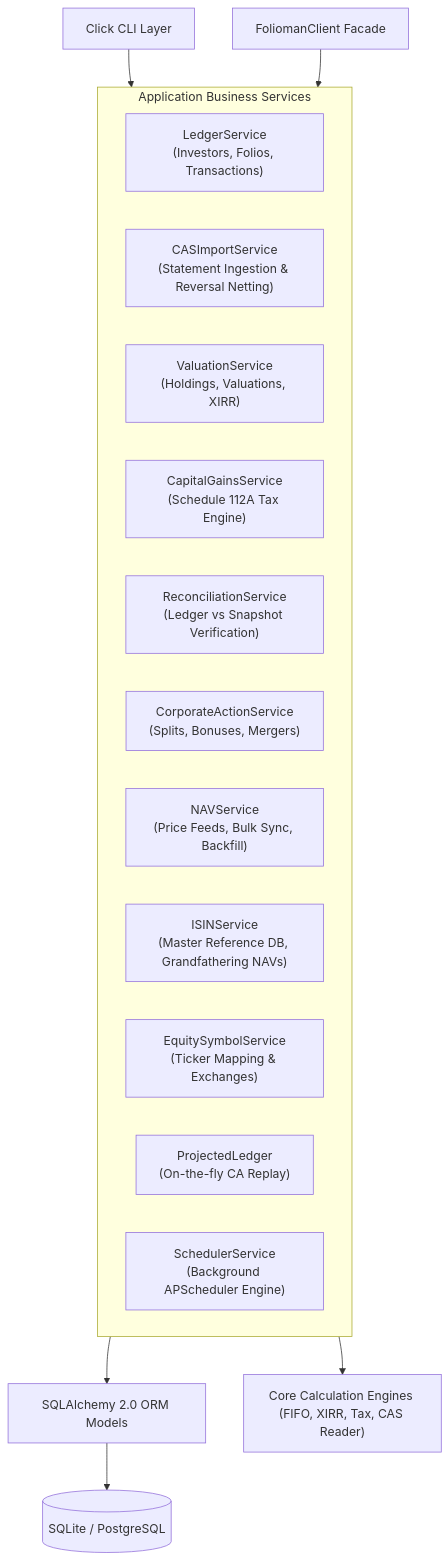
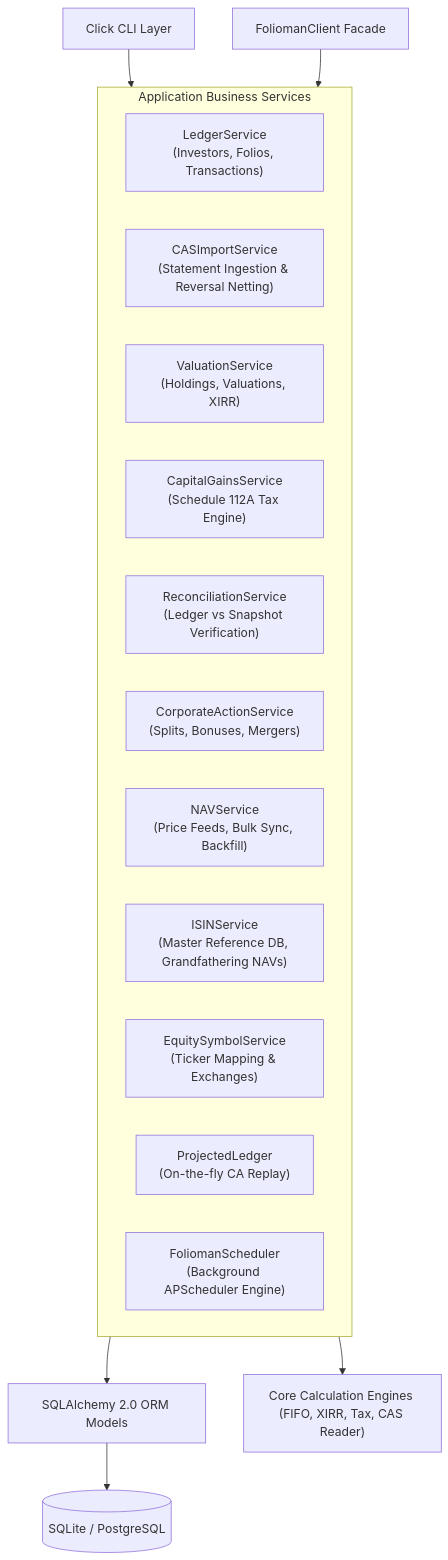
The diagram in docs/modules/services.md (sid-146/folioman-client), drawn with Mermaid before and after one commit. The commit also changed other lines of this file and 33 other files, not shown here.

````diff
--- a/docs/modules/services.md
+++ b/docs/modules/services.md
@@ -11,23 +11,23 @@
 ```mermaid
 flowchart TD
     CLI["Click CLI Layer"] --> Services
     Client["FoliomanClient Facade"] --> Services
 
     subgraph Services ["Application Business Services"]
         LedgerService["LedgerService\n(Investors, Folios, Transactions)"]
         ImportService["CASImportService\n(Statement Ingestion & Reversal Netting)"]
         ValuationService["ValuationService\n(Holdings, Valuations, XIRR)"]
         CapGainsService["CapitalGainsService\n(Schedule 112A Tax Engine)"]
         ReconcileService["ReconciliationService\n(Ledger vs Snapshot Verification)"]
         CorpActionService["CorporateActionService\n(Splits, Bonuses, Mergers)"]
         NAVService["NAVService\n(Price Feeds, Bulk Sync, Backfill)"]
         ISINService["ISINService\n(Master Reference DB, Grandfathering NAVs)"]
         EquitySymbolService["EquitySymbolService\n(Ticker Mapping & Exchanges)"]
         ProjectedLedger["ProjectedLedger\n(On-the-fly CA Replay)"]
-        SchedulerService["SchedulerService\n(Background APScheduler Engine)"]
+        SchedulerService["FoliomanScheduler\n(Background APScheduler Engine)"]
     end
 
     Services --> ORM["SQLAlchemy 2.0 ORM Models"]
     Services --> CoreMath["Core Calculation Engines (FIFO, XIRR, Tax, CAS Reader)"]
     ORM --> DB[(SQLite / PostgreSQL)]
 ```
````
